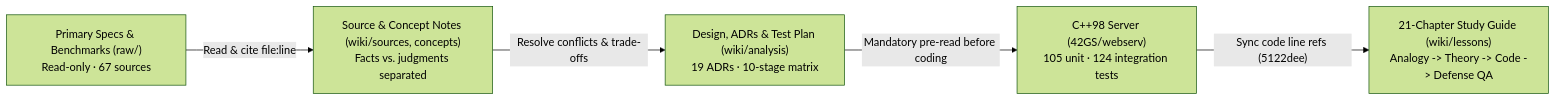
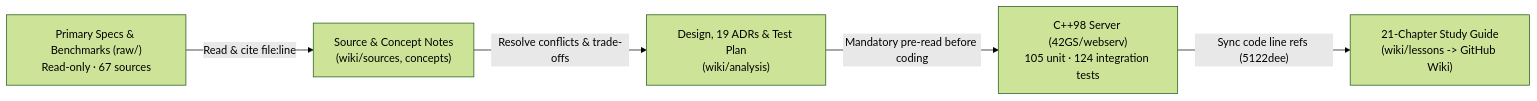
One commit to 42GS/webserv-wiki changed the diagram in README.en.md. Above: the diagram before and after it, drawn with Mermaid (forest theme). The commit also changed other lines of this file and 1 other file, not shown here.

````diff
--- a/README.en.md
+++ b/README.en.md
@@ -50,7 +48,7 @@
 ```mermaid
 flowchart LR
-    A["Primary Specs & Benchmarks (raw/)<br/>Read-only · 67 sources"] -->|"Read & cite file:line"| B["Source & Concept Notes (wiki/sources, concepts)<br/>Facts vs. judgments separated"]
-    B -->|"Resolve conflicts & trade-offs"| C["Design, ADRs & Test Plan (wiki/analysis)<br/>19 ADRs · 10-stage matrix"]
+    A["Primary Specs & Benchmarks (raw/)<br/>Read-only · 67 sources"] -->|"Read & cite file:line"| B["Source & Concept Notes<br/>(wiki/sources, concepts)"]
+    B -->|"Resolve conflicts & trade-offs"| C["Design, 19 ADRs & Test Plan<br/>(wiki/analysis)"]
     C -->|"Mandatory pre-read before coding"| D["C++98 Server (42GS/webserv)<br/>105 unit · 124 integration tests"]
-    D -->|"Sync code line refs (5122dee)"| E["21-Chapter Study Guide (wiki/lessons)<br/>Analogy -> Theory -> Code -> Defense QA"]
+    D -->|"Sync code line refs (5122dee)"| E["21-Chapter Study Guide<br/>(wiki/lessons -> GitHub Wiki)"]
 ```
````
